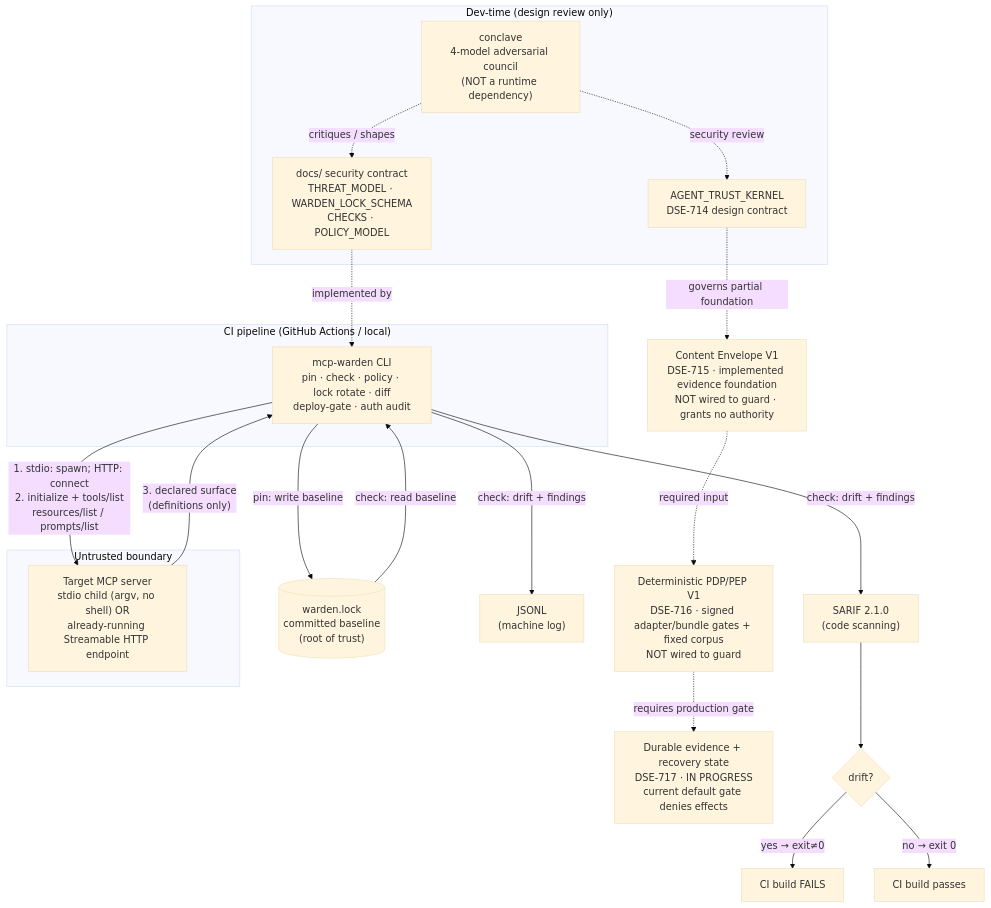
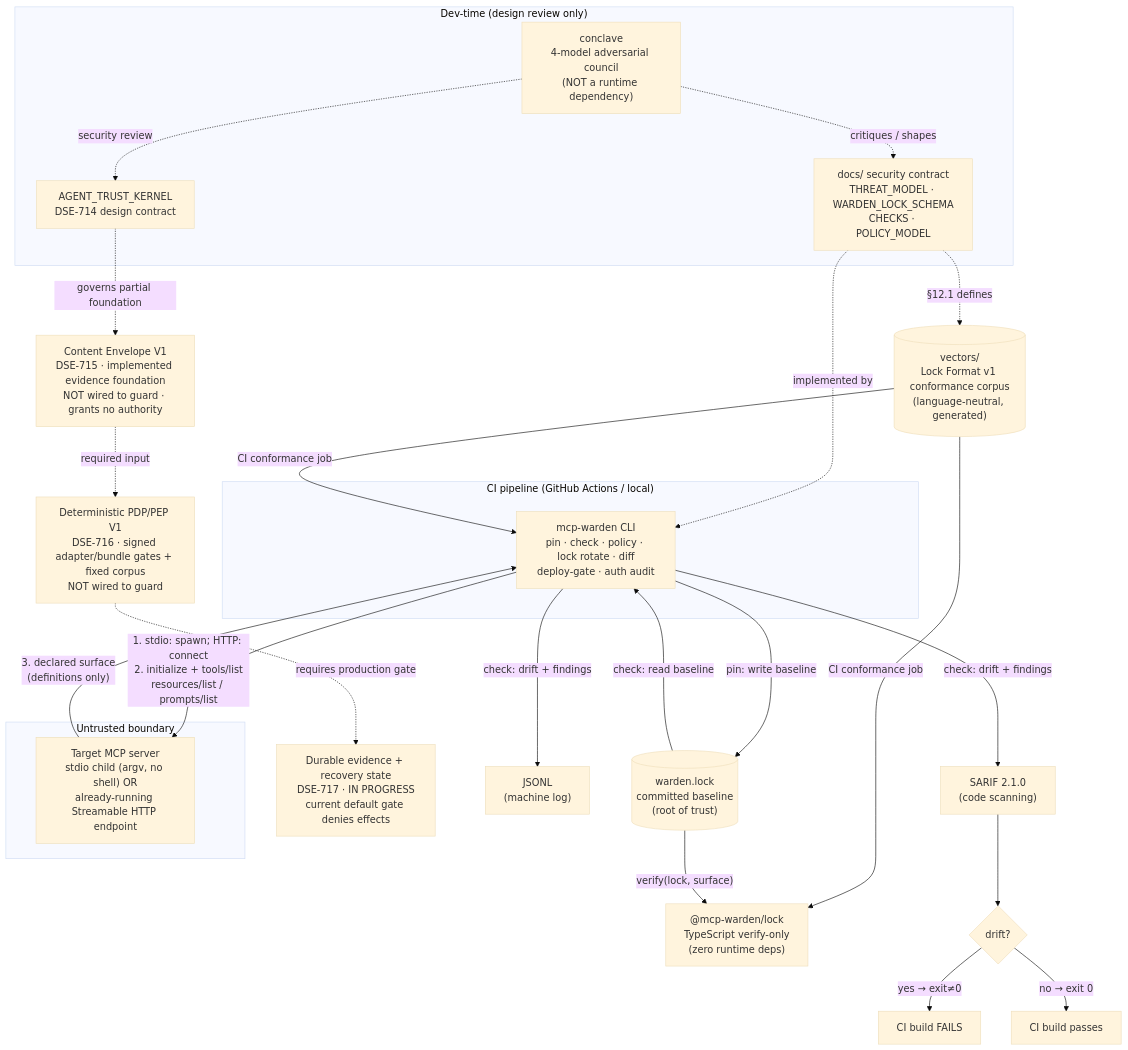
One commit to DataScience-EngineeringExperts/mcp-warden changed the first of 3 diagrams in SYSTEM_CONTEXT_DIAGRAM.md. Above: the diagram before and after it, drawn with Mermaid (base theme). The commit also changed other lines of this file and 101 other files, not shown here.

````diff
--- a/SYSTEM_CONTEXT_DIAGRAM.md
+++ b/SYSTEM_CONTEXT_DIAGRAM.md
@@ -71,43 +71,50 @@
 ```mermaid
 flowchart TB
     subgraph dev["Dev-time (design review only)"]
         conclave["conclave\n4-model adversarial council\n(NOT a runtime dependency)"]
         specs["docs/ security contract\nTHREAT_MODEL · WARDEN_LOCK_SCHEMA\nCHECKS · POLICY_MODEL"]
         atk["AGENT_TRUST_KERNEL\nDSE-714 design contract"]
         conclave -. "critiques / shapes" .-> specs
         conclave -. "security review" .-> atk
     end
 
     envelope["Content Envelope V1\nDSE-715 · implemented evidence foundation\nNOT wired to guard · grants no authority"]
     decision["Deterministic PDP/PEP V1\nDSE-716 · signed adapter/bundle gates + fixed corpus\nNOT wired to guard"]
     evidence["Durable evidence + recovery state\nDSE-717 · IN PROGRESS\ncurrent default gate denies effects"]
     atk -. "governs partial foundation" .-> envelope
     envelope -. "required input" .-> decision
     decision -. "requires production gate" .-> evidence
 
     subgraph ci["CI pipeline (GitHub Actions / local)"]
         warden["mcp-warden CLI\npin · check · policy · lock rotate · diff\ndeploy-gate · auth audit"]
     end
 
     subgraph target["Untrusted boundary"]
         server["Target MCP server\nstdio child (argv, no shell) OR\nalready-running Streamable HTTP endpoint"]
     end
 
     repo[("warden.lock\ncommitted baseline\n(root of trust)")]
     sarif["SARIF 2.1.0\n(code scanning)"]
     jsonl["JSONL\n(machine log)"]
 
     specs -. "implemented by" .-> warden
 
+    vectors[("vectors/\nLock Format v1 conformance corpus\n(language-neutral, generated)")]
+    lockts["@mcp-warden/lock\nTypeScript verify-only\n(zero runtime deps)"]
+    specs -. "§12.1 defines" .-> vectors
+    vectors -- "CI conformance job" --> warden
+    vectors -- "CI conformance job" --> lockts
+    repo -- "verify(lock, surface)" --> lockts
+
     warden -- "1. stdio: spawn; HTTP: connect\n2. initialize + tools/list\nresources/list / prompts/list" --> server
     server -- "3. declared surface\n(definitions only)" --> warden
 
     warden -- "pin: write baseline" --> repo
     repo -- "check: read baseline" --> warden
     warden -- "check: drift + findings" --> sarif
     warden -- "check: drift + findings" --> jsonl
 
     sarif --> gate{"drift?"}
     gate -- "yes → exit≠0" --> failci["CI build FAILS"]
     gate -- "no → exit 0" --> passci["CI build passes"]
 ```
````
